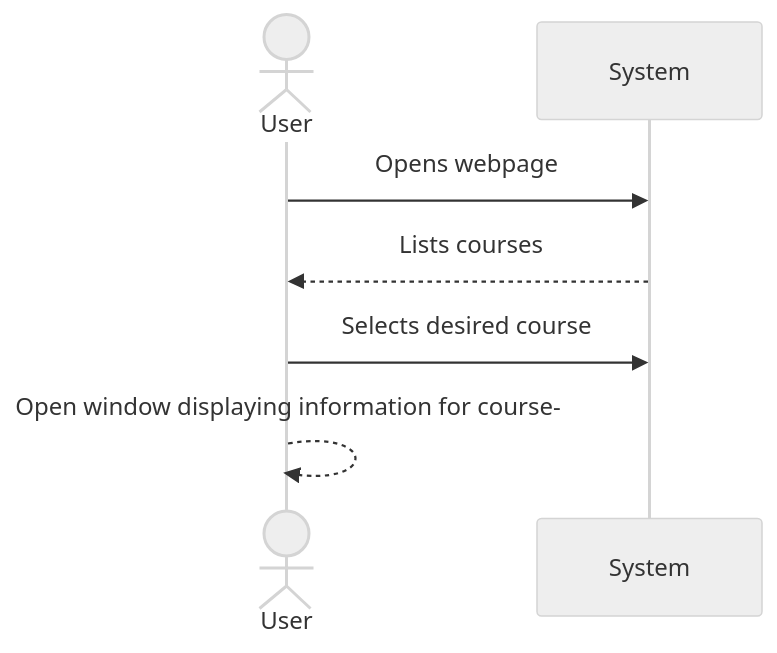
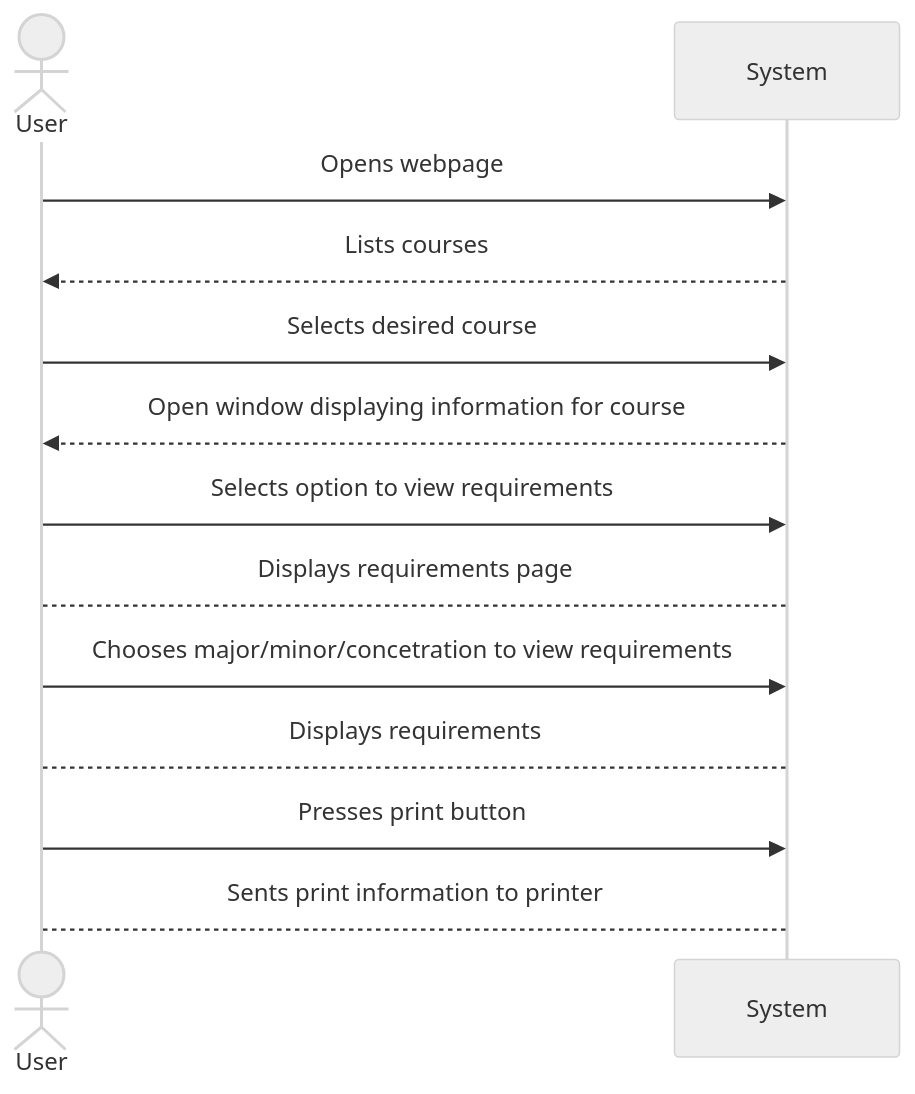
Before and after one commit to NoahBarrall/411Project: the second of 2 diagrams in System_Proposal_411.md, drawn with Mermaid (neutral theme).

Commit message:
Basic Sequence Diagram(Might have to revise)

````diff
--- a/System_Proposal_411.md
+++ b/System_Proposal_411.md
@@ -111,14 +111,20 @@
 ```mermaid
 sequenceDiagram
    actor J as User
    participant S as System
 
    J->>S: Opens webpage
    S-->>J: Lists courses
+   J->>S: Selects desired course
+   S-->>J: Open window displaying information for course
+   
+   J->>S: Selects option to view requirements
+   S-->J: Displays requirements page
+   J->>S: Chooses major/minor/concetration to view requirements
+   S-->J: Displays requirements
 
-   J->>S: Selects desired course
-   J-->>J: Open window displaying information for course-
-
+   J->>S: Presses print button
+   S-->J: Sents print information to printer
 
 
 ```
````
